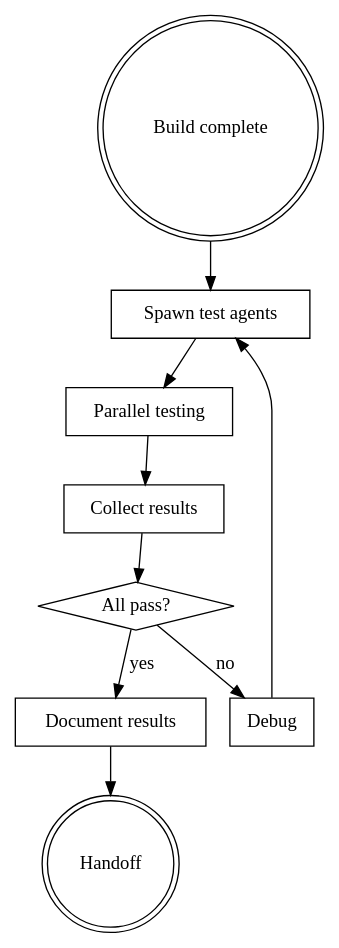
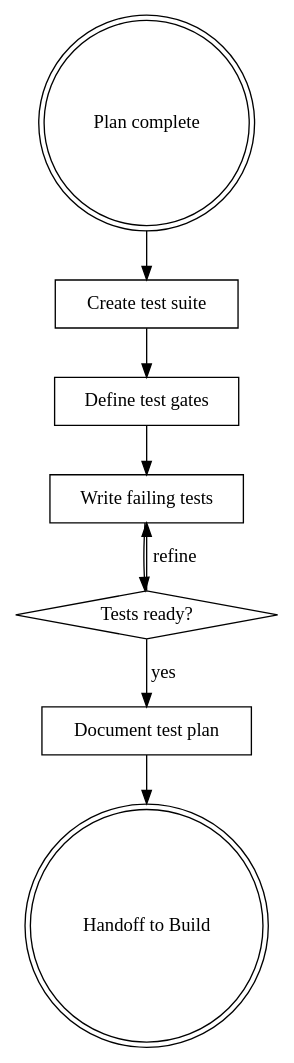
Before and after one commit to clawdbotinstaller/forge: the diagram in skills/workflows/forge-test.md, drawn with Graphviz. The commit also changed other lines of this file and 3 other files, not shown here.

First line of the commit message:
Test-First Workflow: Tests created after Plan, before Build

````diff
--- a/skills/workflows/forge-test.md
+++ b/skills/workflows/forge-test.md
@@ -27,21 +33,19 @@
 ```dot
 digraph test_flow {
-    "Build complete" [shape=doublecircle];
-    "Spawn test agents" [shape=box];
-    "Parallel testing" [shape=box];
-    "Collect results" [shape=box];
-    "All pass?" [shape=diamond];
-    "Document results" [shape=box];
-    "Handoff" [shape=doublecircle];
-    "Debug" [shape=box];
+    "Plan complete" [shape=doublecircle];
+    "Create test suite" [shape=box];
+    "Define test gates" [shape=box];
+    "Write failing tests" [shape=box];
+    "Tests ready?" [shape=diamond];
+    "Document test plan" [shape=box];
+    "Handoff to Build" [shape=doublecircle];
 
-    "Build complete" -> "Spawn test agents";
-    "Spawn test agents" -> "Parallel testing";
-    "Parallel testing" -> "Collect results";
-    "Collect results" -> "All pass?";
-    "All pass?" -> "Document results" [label="yes"];
-    "All pass?" -> "Debug" [label="no"];
-    "Debug" -> "Spawn test agents";
-    "Document results" -> "Handoff";
+    "Plan complete" -> "Create test suite";
+    "Create test suite" -> "Define test gates";
+    "Define test gates" -> "Write failing tests";
+    "Write failing tests" -> "Tests ready?";
+    "Tests ready?" -> "Document test plan" [label="yes"];
+    "Tests ready?" -> "Write failing tests" [label="refine"];
+    "Document test plan" -> "Handoff to Build";
 }
 ```
````
